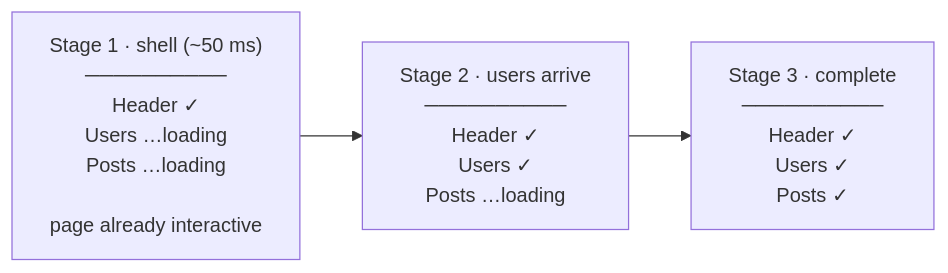
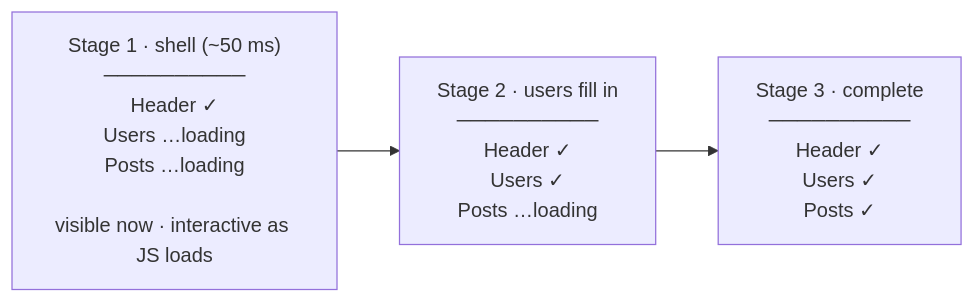
Before and after one commit to shakacode/react_on_rails: the fifth of 5 diagrams in docs/pro/streaming-ssr.md, drawn with Mermaid. The commit also changed other lines of this file, not shown here.

Commit message:
docs(pro): refine streaming SSR stage diagram for accuracy
Address review feedback on the progressive-stage diagram:

- Correct the interactivity claim: the shell is *visible* at first
  paint and becomes interactive as JS hydrates, matching the doc's
  own Selective/Early Hydration sections (interactivity follows JS
  load, not first paint). Replaces "interactive from the first
  paint" / "page already interactive".
- Introduce the second slow section (`users`) explicitly, since the
  worked MyStreamingComponent example streams only `posts`. The
  recap diagram now reads as an extension rather than an orphaned
  section.
- Align the stage verb with the first diagram ("fill in").

````diff
--- a/docs/pro/streaming-ssr.md
+++ b/docs/pro/streaming-ssr.md
@@ -355,5 +355,5 @@
 ```mermaid
 flowchart LR
-    A["Stage 1 · shell (~50 ms)<br/>──────────<br/>Header ✓<br/>Users …loading<br/>Posts …loading<br/><br/>page already interactive"] --> B["Stage 2 · users arrive<br/>──────────<br/>Header ✓<br/>Users ✓<br/>Posts …loading"]
+    A["Stage 1 · shell (~50 ms)<br/>──────────<br/>Header ✓<br/>Users …loading<br/>Posts …loading<br/><br/>visible now · interactive as JS loads"] --> B["Stage 2 · users fill in<br/>──────────<br/>Header ✓<br/>Users ✓<br/>Posts …loading"]
     B --> C["Stage 3 · complete<br/>──────────<br/>Header ✓<br/>Users ✓<br/>Posts ✓"]
 ```
````
